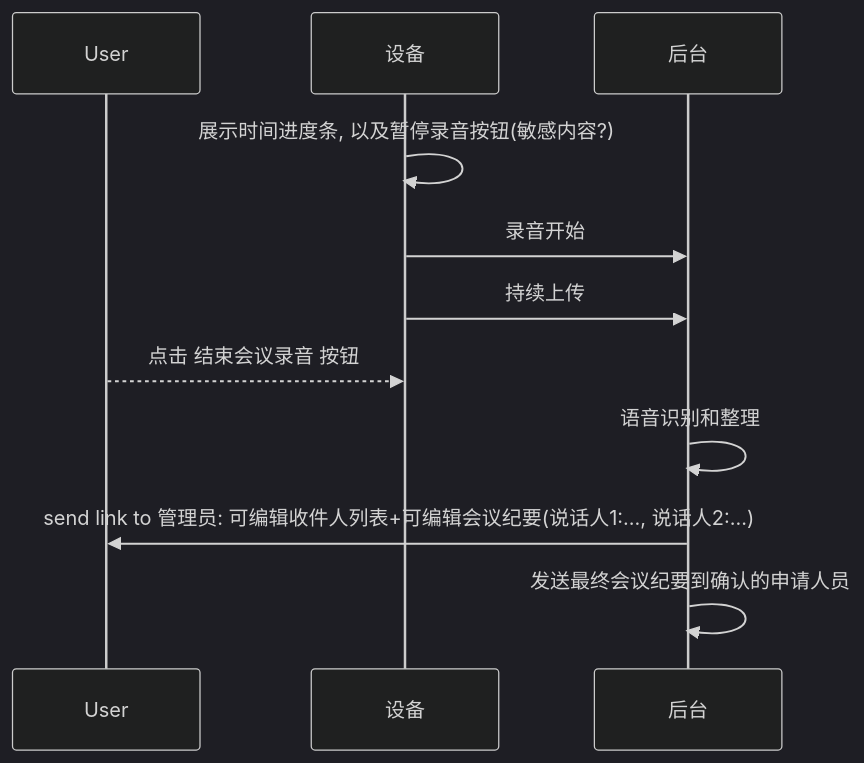
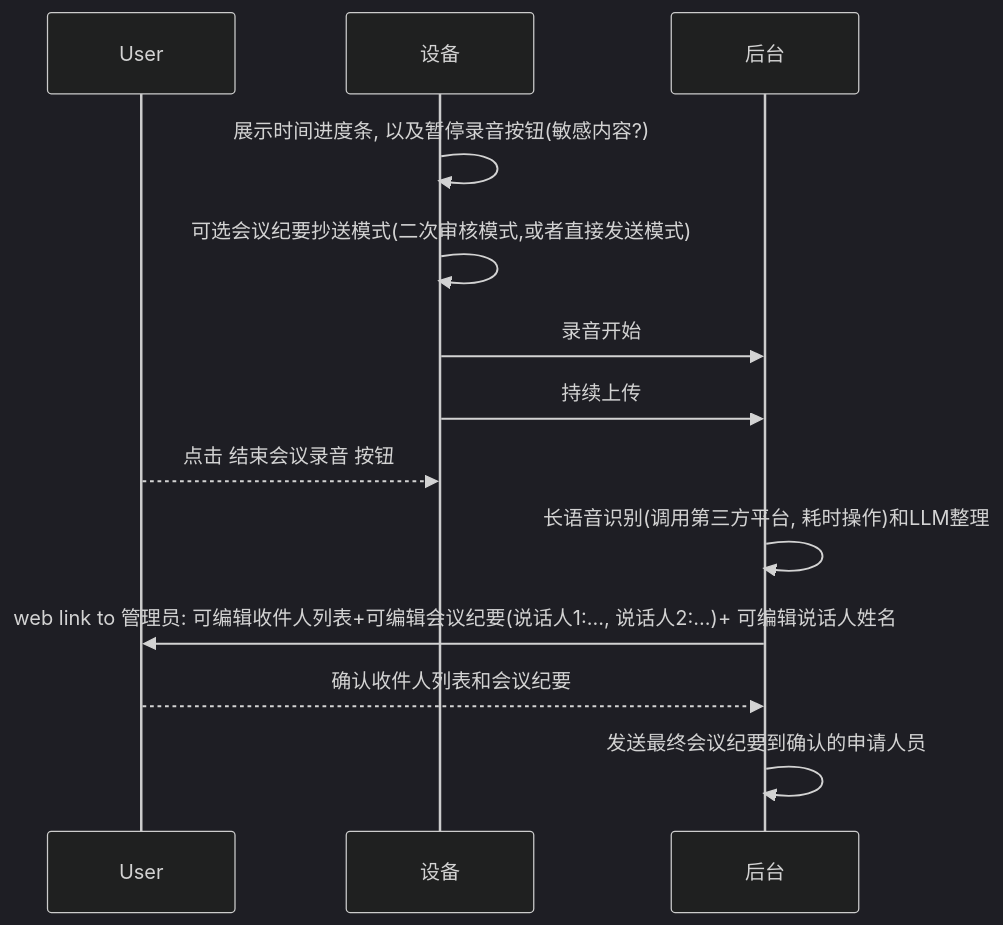
The third of 11 diagrams in projects/commercial/USER_STORY.md (shaojun/open_docs), drawn with Mermaid (dark theme) before and after one commit. The commit also changed other lines of this file and 8 other files, not shown here.

````diff
--- a/projects/commercial/USER_STORY.md
+++ b/projects/commercial/USER_STORY.md
@@ -43,13 +42,15 @@
 ```mermaid
 sequenceDiagram
     participant User as User
     participant Device as 设备
     participant Service as 后台
     Device->>Device: 展示时间进度条, 以及暂停录音按钮(敏感内容?)
+    Device->>Device: 可选会议纪要抄送模式(二次审核模式,或者直接发送模式)
     Device->>Service: 录音开始
     Device->>Service: 持续上传
     User-->>Device: 点击 结束会议录音 按钮
-    Service->>Service: 语音识别和整理
-    Service->>User: send link to 管理员: 可编辑收件人列表+可编辑会议纪要(说话人1:..., 说话人2:...)
+    Service->>Service: 长语音识别(调用第三方平台, 耗时操作)和LLM整理
+    Service->>User: web link to 管理员: 可编辑收件人列表+可编辑会议纪要(说话人1:..., 说话人2:...)+ 可编辑说话人姓名
+    User-->>Service: 确认收件人列表和会议纪要
     Service->>Service: 发送最终会议纪要到确认的申请人员
 ```
````
